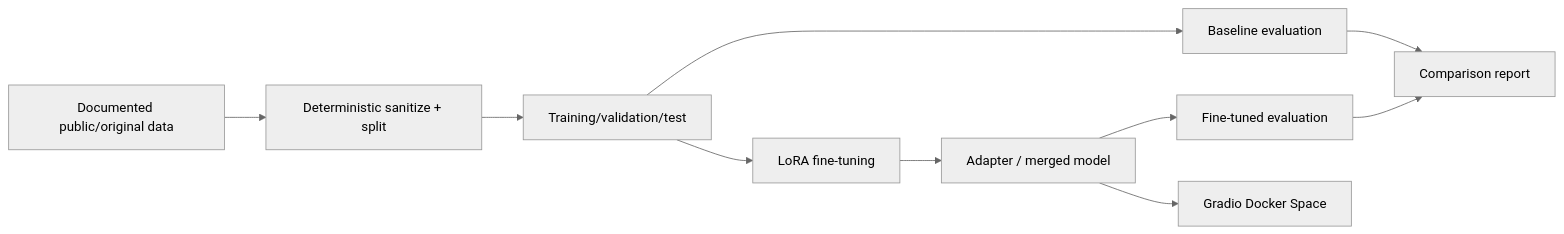
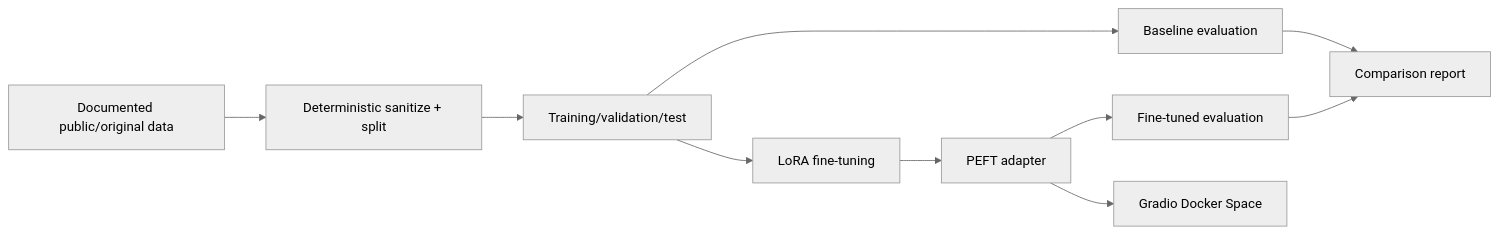
The diagram in README.md (samanshahroudi/tinydevassist), drawn with Mermaid (neutral theme) before and after one commit. The commit also changed other lines of this file and 5 other files, not shown here.

````diff
--- a/README.md
+++ b/README.md
@@ -10,12 +10,12 @@
 ```mermaid
 flowchart LR
   A[Documented public/original data] --> B[Deterministic sanitize + split]
   B --> C[Training/validation/test]
   C --> D[LoRA fine-tuning]
   C --> E[Baseline evaluation]
-  D --> F[Adapter / merged model]
+  D --> F[PEFT adapter]
   F --> G[Fine-tuned evaluation]
   F --> H[Gradio Docker Space]
   E --> I[Comparison report]
   G --> I
 ```
````
